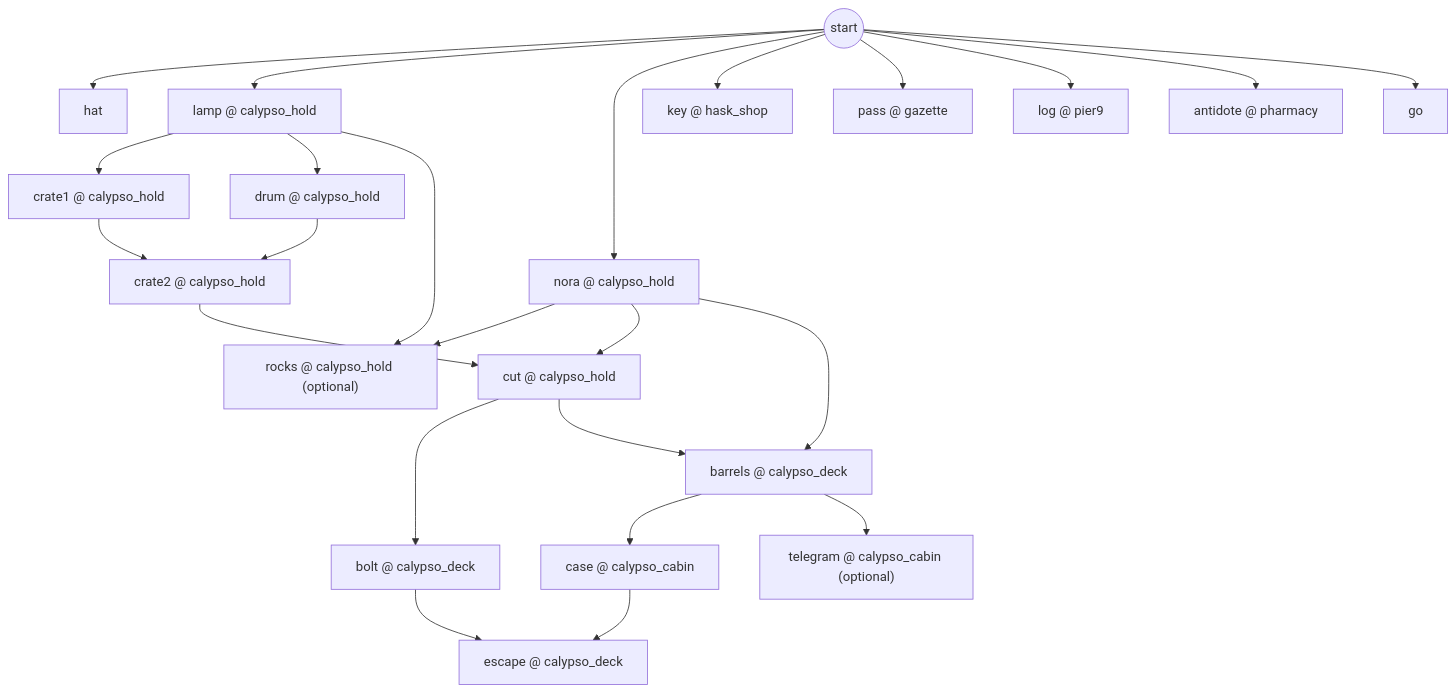
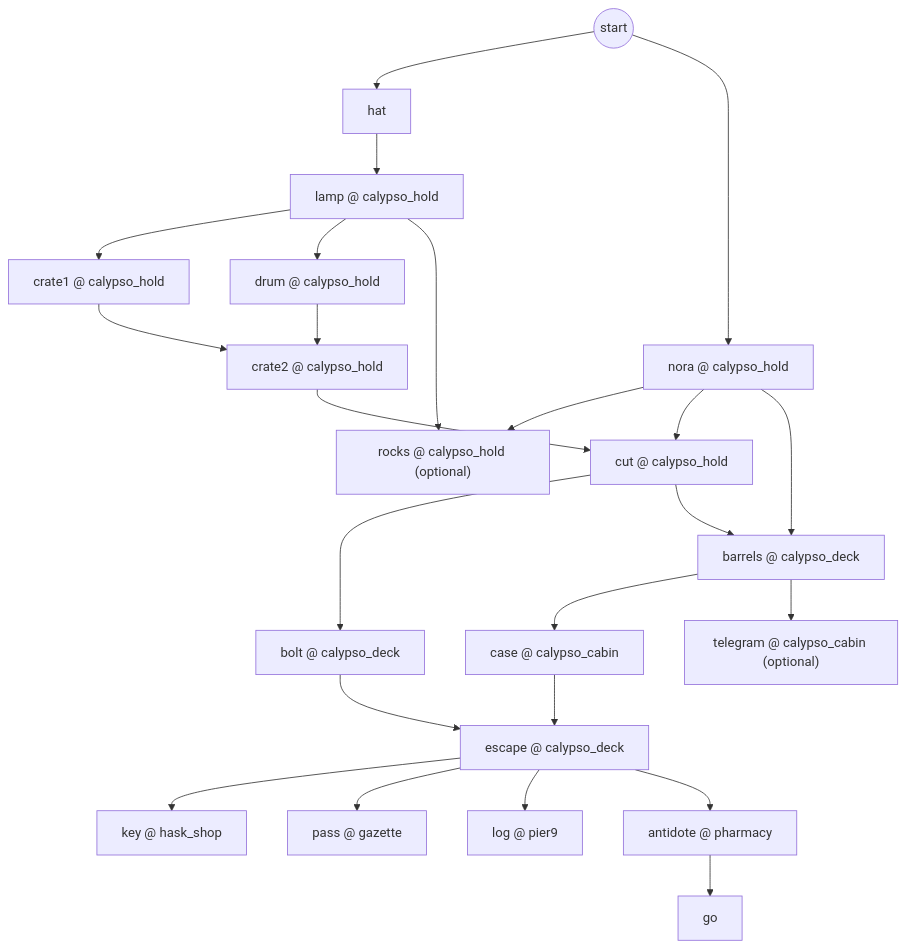
The seventh of 8 diagrams in nightlatch/docs/PUZZLE_GRAPH.md (GasPhil1968/kolo-srece), drawn with Mermaid before and after one commit. The commit also changed other lines of this file and 216 other files, not shown here.

````diff
--- a/nightlatch/docs/PUZZLE_GRAPH.md
+++ b/nightlatch/docs/PUZZLE_GRAPH.md
@@ -427,45 +438,45 @@
 ```mermaid
 flowchart TD
   start7((start))
   c7_hat["hat"]
   c7_lamp["lamp @ calypso_hold"]
   c7_nora["nora @ calypso_hold"]
   c7_crate1["crate1 @ calypso_hold"]
   c7_drum["drum @ calypso_hold"]
   c7_crate2["crate2 @ calypso_hold"]
   c7_rocks["rocks @ calypso_hold (optional)"]
   c7_cut["cut @ calypso_hold"]
   c7_bolt["bolt @ calypso_deck"]
   c7_barrels["barrels @ calypso_deck"]
   c7_case["case @ calypso_cabin"]
   c7_telegram["telegram @ calypso_cabin (optional)"]
   c7_escape["escape @ calypso_deck"]
   c7_key["key @ hask_shop"]
   c7_pass["pass @ gazette"]
   c7_log["log @ pier9"]
   c7_antidote["antidote @ pharmacy"]
   c7_go["go"]
   start7 --> c7_hat
-  start7 --> c7_lamp
+  c7_hat --> c7_lamp
   start7 --> c7_nora
   c7_lamp --> c7_crate1
   c7_lamp --> c7_drum
   c7_crate1 --> c7_crate2
   c7_drum --> c7_crate2
   c7_lamp --> c7_rocks
   c7_nora --> c7_rocks
   c7_crate2 --> c7_cut
   c7_nora --> c7_cut
   c7_cut --> c7_bolt
   c7_cut --> c7_barrels
   c7_nora --> c7_barrels
   c7_barrels --> c7_case
   c7_barrels --> c7_telegram
   c7_case --> c7_escape
   c7_bolt --> c7_escape
-  start7 --> c7_key
-  start7 --> c7_pass
-  start7 --> c7_log
-  start7 --> c7_antidote
-  start7 --> c7_go
+  c7_escape --> c7_key
+  c7_escape --> c7_pass
+  c7_escape --> c7_log
+  c7_escape --> c7_antidote
+  c7_antidote --> c7_go
 ```
````
